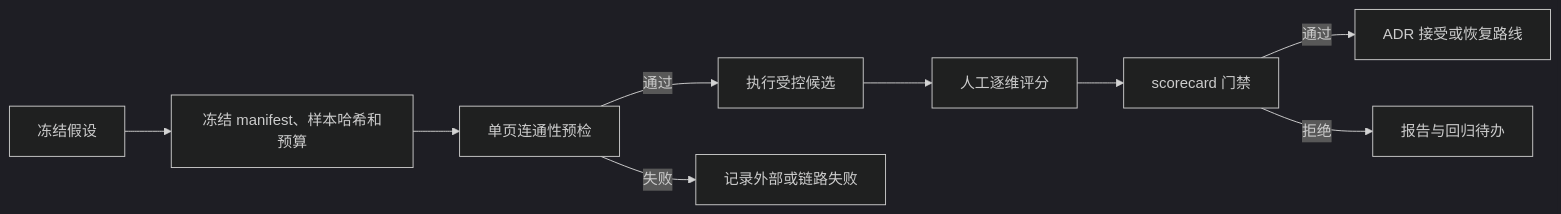
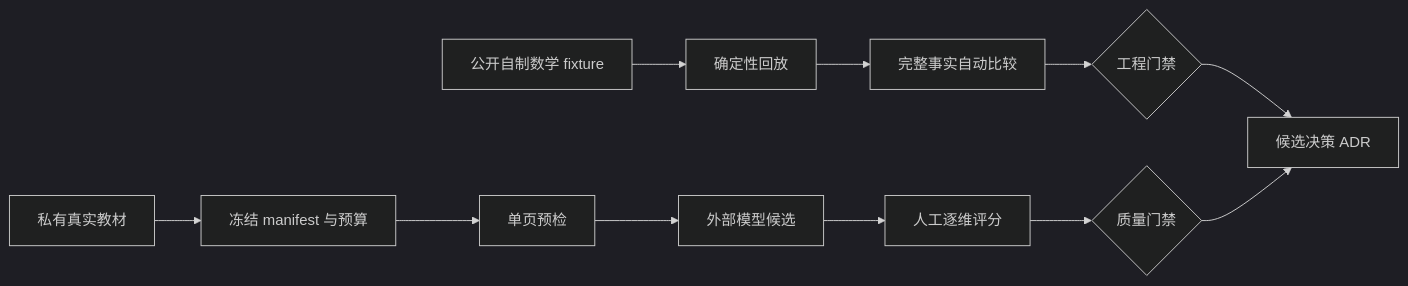
One commit to swfswf1234/Axiom-Flow changed the diagram in docs/design/evaluation-governance.md. Above: the diagram before and after it, drawn with Mermaid (dark theme). The commit also changed other lines of this file and 67 other files, not shown here.

````diff
--- a/docs/design/evaluation-governance.md
+++ b/docs/design/evaluation-governance.md
@@ -15,11 +15,13 @@
 ```mermaid
 flowchart LR
-    H[冻结假设] --> M[冻结 manifest、样本哈希和预算]
-    M --> P[单页连通性预检]
-    P -->|通过| R[执行受控候选]
-    P -->|失败| X[记录外部或链路失败]
-    R --> S[人工逐维评分]
-    S --> G[scorecard 门禁]
-    G -->|通过| ADR[ADR 接受或恢复路线]
-    G -->|拒绝| REPORT[报告与回归待办]
+    FIXTURE[公开自制数学 fixture] --> REPLAY[确定性回放]
+    REPLAY --> REGRESSION[完整事实自动比较]
+    REGRESSION --> CI{工程门禁}
+    PRIVATE[私有真实教材] --> FREEZE[冻结 manifest 与预算]
+    FREEZE --> PREFLIGHT[单页预检]
+    PREFLIGHT --> MODEL[外部模型候选]
+    MODEL --> REVIEW[人工逐维评分]
+    REVIEW --> SCORECARD{质量门禁}
+    CI --> DECISION[候选决策 ADR]
+    SCORECARD --> DECISION
 ```
````
